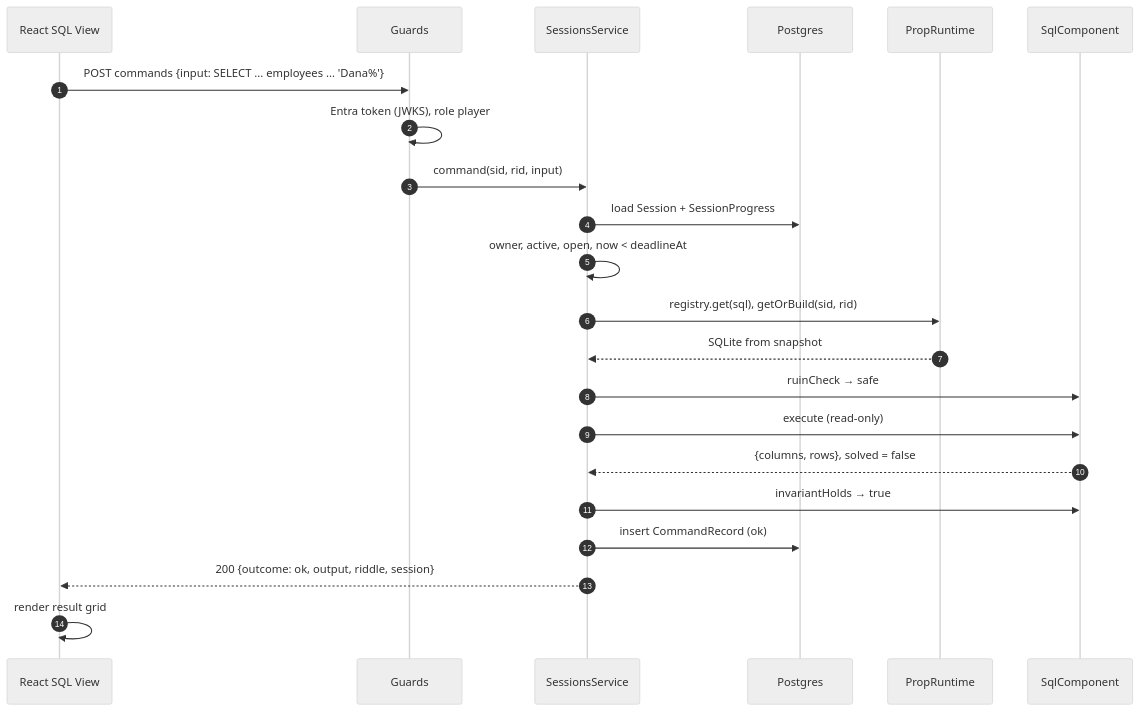
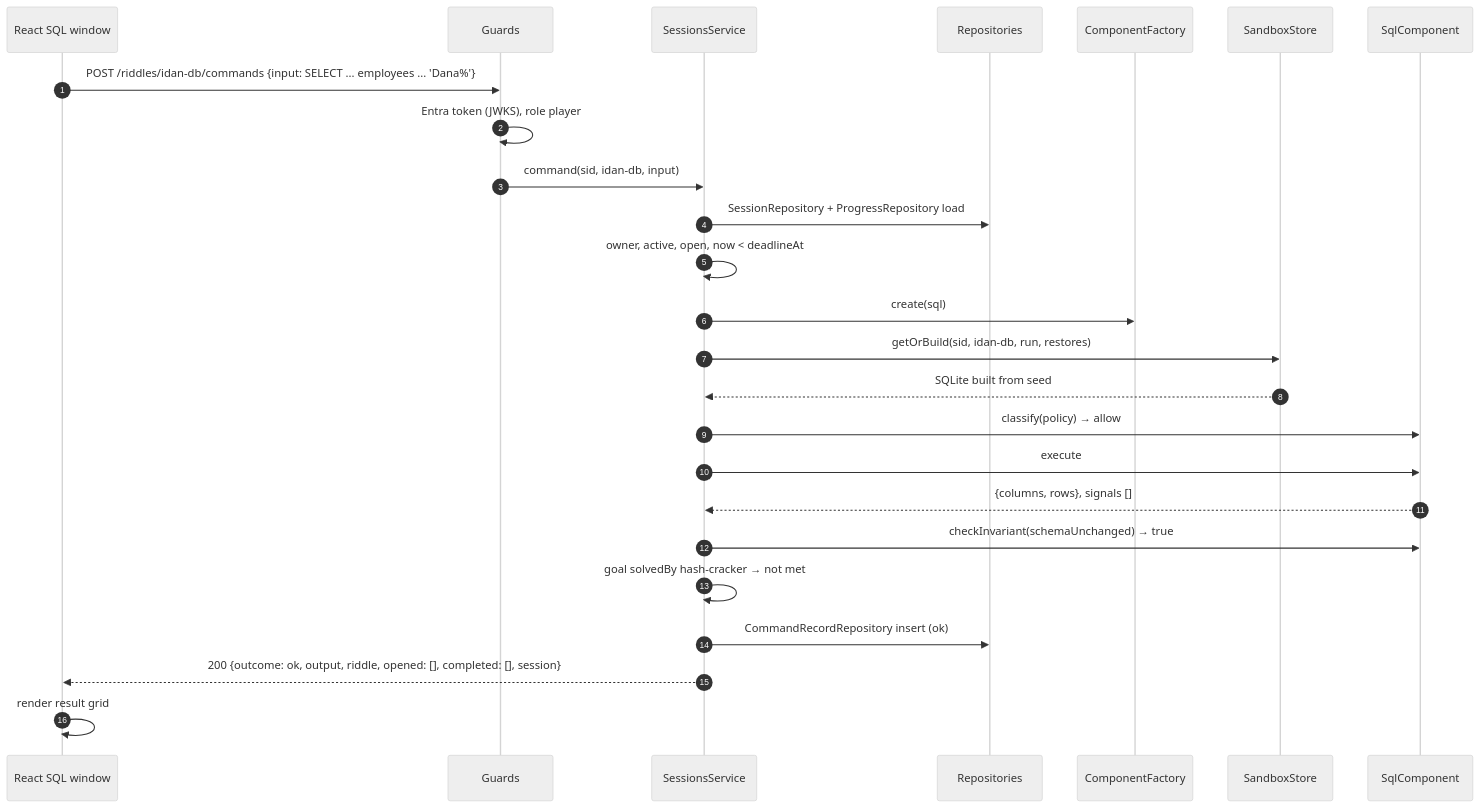
Before and after one commit to edenbuky/escapeRoom: the sixth of 9 diagrams in DESIGN.md, drawn with Mermaid (neutral theme). The commit also changed other lines of this file, not shown here.

First line of the commit message:
Redefine riddles as data over a component factory.

````diff
--- a/DESIGN.md
+++ b/DESIGN.md
@@ -532,25 +667,28 @@
 ```mermaid
 sequenceDiagram
   autonumber
-  participant UI as React SQL View
+  participant UI as React SQL window
   participant Auth as Guards
   participant Svc as SessionsService
-  participant PG as Postgres
-  participant Prop as PropRuntime
+  participant Repo as Repositories
+  participant F as ComponentFactory
+  participant Store as SandboxStore
   participant SQL as SqlComponent
 
-  UI->>Auth: POST commands {input: SELECT ... employees ... 'Dana%'}
+  UI->>Auth: POST /riddles/idan-db/commands {input: SELECT ... employees ... 'Dana%'}
   Auth->>Auth: Entra token (JWKS), role player
-  Auth->>Svc: command(sid, rid, input)
-  Svc->>PG: load Session + SessionProgress
+  Auth->>Svc: command(sid, idan-db, input)
+  Svc->>Repo: SessionRepository + ProgressRepository load
   Svc->>Svc: owner, active, open, now < deadlineAt
-  Svc->>Prop: registry.get(sql), getOrBuild(sid, rid)
-  Prop-->>Svc: SQLite from snapshot
-  Svc->>SQL: ruinCheck → safe
-  Svc->>SQL: execute (read-only)
-  SQL-->>Svc: {columns, rows}, solved = false
-  Svc->>SQL: invariantHolds → true
-  Svc->>PG: insert CommandRecord (ok)
-  Svc-->>UI: 200 {outcome: ok, output, riddle, session}
+  Svc->>F: create(sql)
+  Svc->>Store: getOrBuild(sid, idan-db, run, restores)
+  Store-->>Svc: SQLite built from seed
+  Svc->>SQL: classify(policy) → allow
+  Svc->>SQL: execute
+  SQL-->>Svc: {columns, rows}, signals []
+  Svc->>SQL: checkInvariant(schemaUnchanged) → true
+  Svc->>Svc: goal solvedBy hash-cracker → not met
+  Svc->>Repo: CommandRecordRepository insert (ok)
+  Svc-->>UI: 200 {outcome: ok, output, riddle, opened: [], completed: [], session}
   UI->>UI: render result grid
 ```
````
